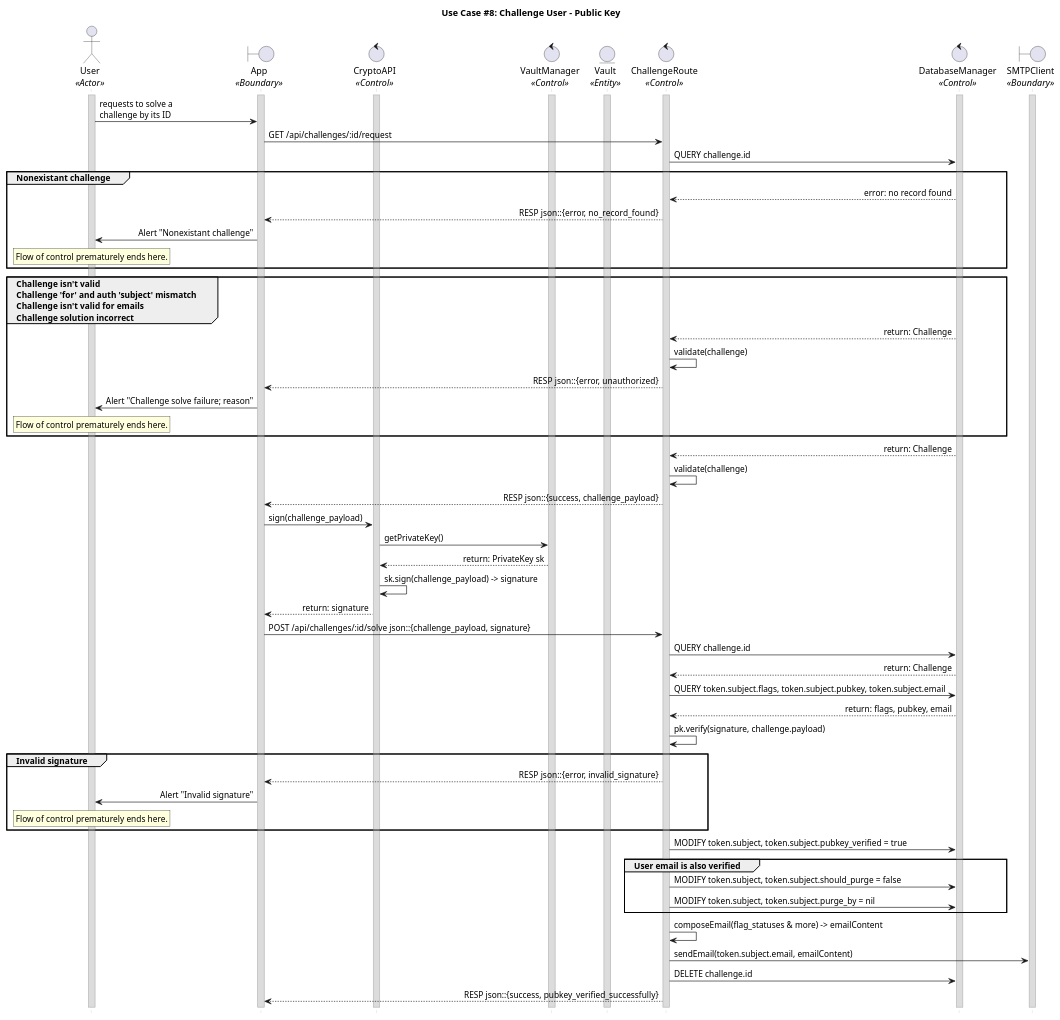
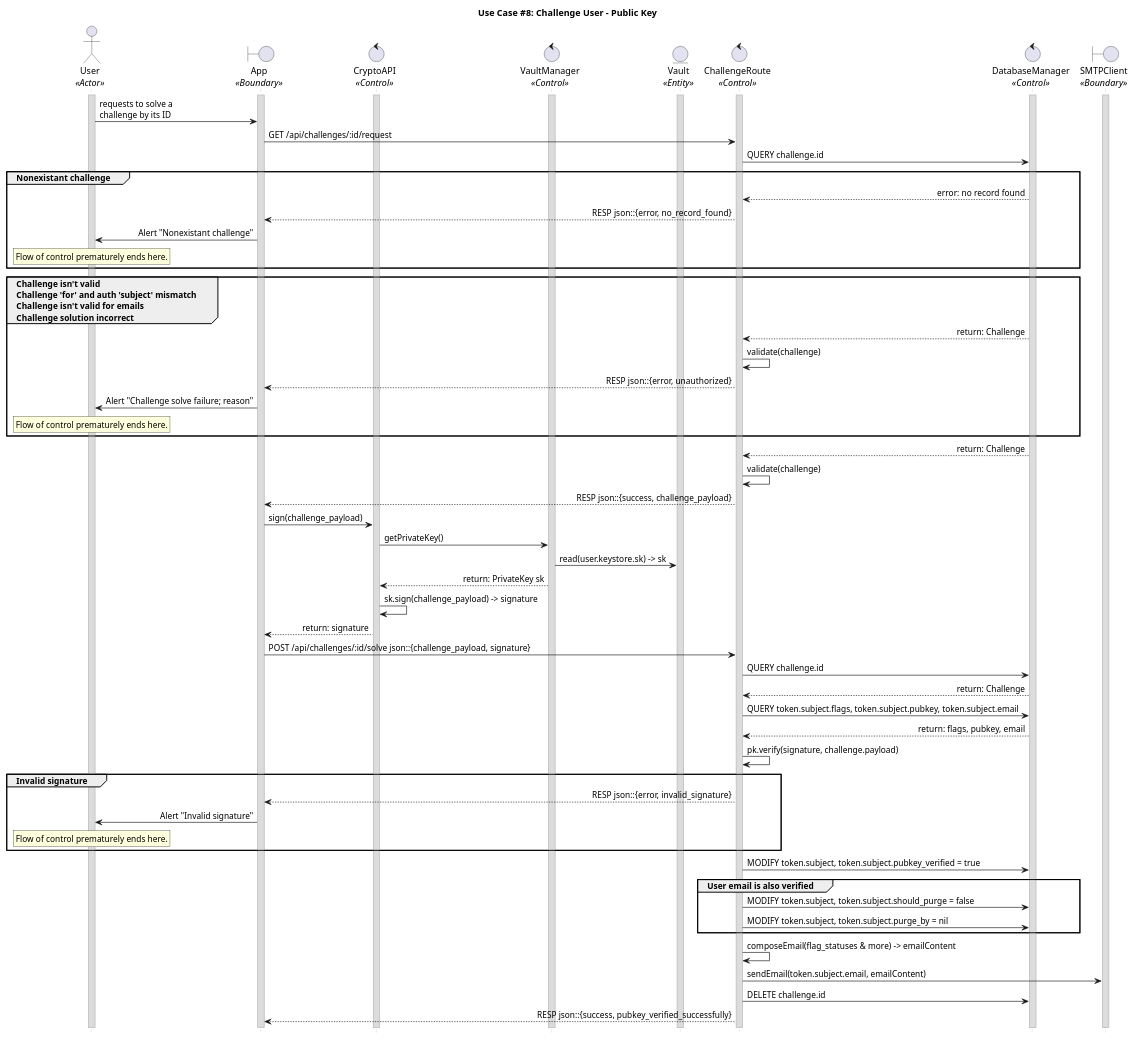
The diagram in uc_08_pubkey.puml (CECS-491-SP24-Group-1/seq-diagrams), drawn with PlantUML before and after one commit.

Commit message:
Add missing vault call

```diff
--- a/uc_08_pubkey.puml
+++ b/uc_08_pubkey.puml
@@ -1,120 +1,121 @@
 @startuml uc08_pubkey
 title "Use Case #8: Challenge User - Public Key"
 
 'Styling goes here
 hide footbox
 skinparam stereotypePosition bottom
 skinparam sequenceMessageAlign direction
 skinparam sequence {
 	LifeLineBorderColor #Silver
 	LifeLineBackgroundColor #Gainsboro
 }
 
 'Setup the objects involved here
 actor User as u <<Actor>>
 boundary App as a <<Boundary>>
 control CryptoAPI as ca <<Control>>
 control VaultManager as vm <<Control>>
 entity Vault as v <<Entity>>
 control ChallengeRoute as cr <<Control>>
 control DatabaseManager as db <<Control>>
 boundary SMTPClient as sc <<Boundary>>
 
 'Setup persistent objects here
 activate u
 activate a
 activate ca
 activate vm
 activate v
 activate cr
 activate db
 activate sc
 
 '--- FLOW OF CONTROL STARTS HERE ---
 'User submits a request to verify their public key.
 u -> a: requests to solve a \nchallenge by its ID
 
 'App requests the challenge from the server by its ID.
 a -> cr: GET /api/challenges/:id/request
 
 'Server checks if the challenge is valid
 cr -> db: QUERY challenge.id
 
 'Case 1: The challenge doesn't exist
 group Nonexistant challenge
 	db --> cr: error: no record found
 	cr --> a: RESP json::{error, no_record_found}
 	a -> u: Alert "Nonexistant challenge"
 	rnote over u
 	Flow of control prematurely ends here.
 	endrnote
 end
 
 'Case 2: The challenge is invalid, not for this user, not email challenge, or the solution is incorrect.
 group Challenge isn't valid \nChallenge 'for' and auth 'subject' mismatch \nChallenge isn't valid for emails \nChallenge solution incorrect
 	db --> cr: return: Challenge
 	cr -> cr: validate(challenge)
 	cr --> a: RESP json::{error, unauthorized}
 	a -> u: Alert "Challenge solve failure; reason"
 	rnote over u
 	Flow of control prematurely ends here.
 	endrnote
 end
 
 'Default case: challenge exists and is valid.
 db --> cr: return: Challenge
 cr -> cr: validate(challenge)
 
 'Server sends the challenge payload to the user.
 cr --> a: RESP json::{success, challenge_payload}
 
 'The app signs the challenge payload with the user's private key.
 a -> ca: sign(challenge_payload)
 ca -> vm: getPrivateKey()
+vm -> v: read(user.keystore.sk) -> sk
 vm --> ca: return: PrivateKey sk
 ca -> ca: sk.sign(challenge_payload) -> signature
 ca --> a: return: signature
 
 'The app sends the signature to the server.
 a -> cr: POST /api/challenges/:id/solve json::{challenge_payload, signature}
 
 'The server queries the database for the challenge info
 cr -> db: QUERY challenge.id
 db --> cr: return: Challenge
 
 'The server queries the database for the user flags public key, and email.
 cr -> db: QUERY token.subject.flags, token.subject.pubkey, token.subject.email
 db --> cr: return: flags, pubkey, email
 
 'The server verifies the signature against the known public key.
 cr -> cr: pk.verify(signature, challenge.payload)
 
 'Case 1: The signature is invalid.
 group Invalid signature
 	cr --> a: RESP json::{error, invalid_signature}
 	a -> u: Alert "Invalid signature"
 	rnote over u
 	Flow of control prematurely ends here.
 	endrnote
 end
 
 'Default case: the verification succeeds. 
 'Mark the user's public key as verified
 cr -> db: MODIFY token.subject, token.subject.pubkey_verified = true
 
 'Also unmark the user's account for deletion if the email is verified.
 group User email is also verified
 	cr -> db: MODIFY token.subject, token.subject.should_purge = false
 	cr -> db: MODIFY token.subject, token.subject.purge_by = nil
 end
 
 'Email the user to inform of successful challenge completion and next steps.
 cr -> cr: composeEmail(flag_statuses & more) -> emailContent
 cr -> sc: sendEmail(token.subject.email, emailContent)
 
 'Cleanup and return the feedback to the user
 cr -> db: DELETE challenge.id
 cr --> a: RESP json::{success, pubkey_verified_successfully}
 '--- FLOW OF CONTROL ENDS HERE   ---
 
 @enduml
```
